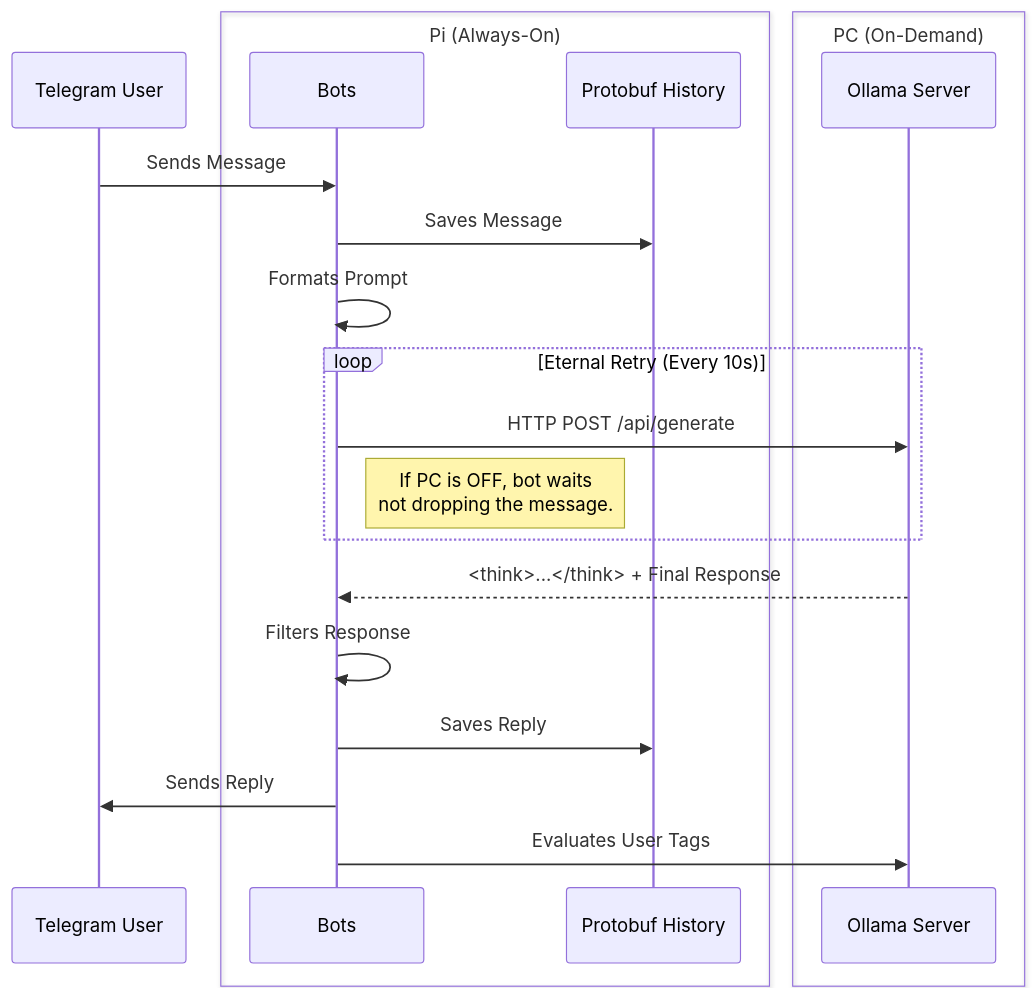
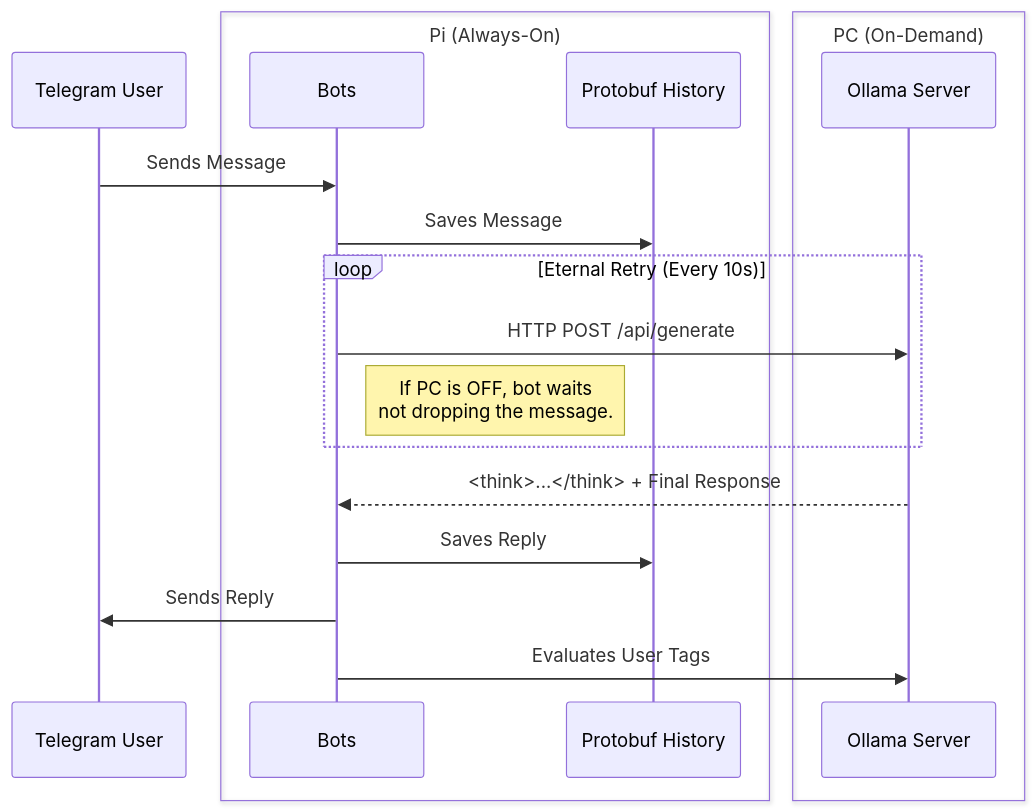
The diagram in README.md (vadimfedulov101/tg-llm-multibot), drawn with Mermaid before and after one commit. The commit also changed other lines of this file, not shown here.

````diff
--- a/README.md
+++ b/README.md
@@ -16,24 +16,22 @@
 ```mermaid
 sequenceDiagram
     participant U as Telegram User
     box Pi (Always-On)
         participant B as Bots
         participant Q as Protobuf History
     end
     box PC (On-Demand)
         participant O as Ollama Server
     end
 
     U->>B: Sends Message
     B->>Q: Saves Message
-    B->>B: Formats Prompt
     loop Eternal Retry (Every 10s)
         B->>O: HTTP POST /api/generate
         note right of B: If PC is OFF, bot waits<br/>not dropping the message.
     end
     O-->>B: <think>...</think> + Final Response
-    B->>B: Filters Response
     B->>Q: Saves Reply
     B->>U: Sends Reply
     B->>O: Evaluates User Tags
 ```
````
